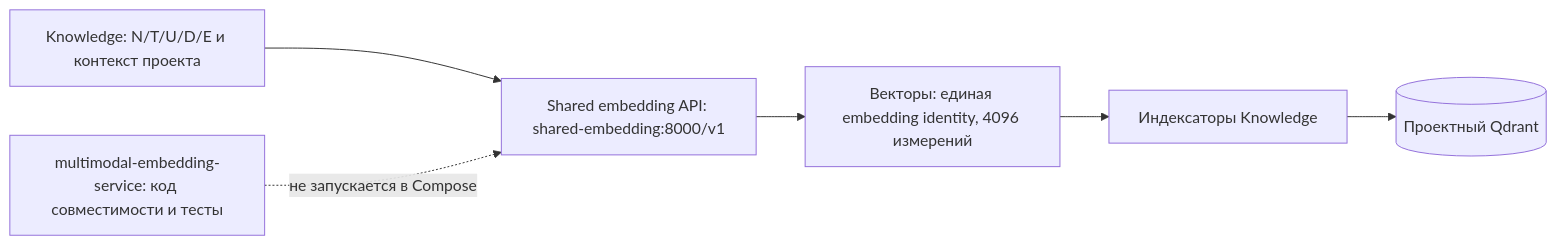
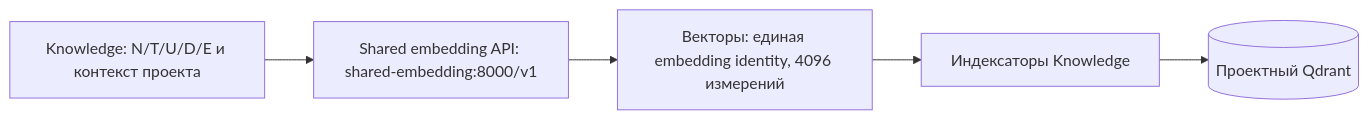
Diagram 20 of 36 in README.md (Amadu-A/PDRD-validation), drawn with Mermaid before and after one commit. The commit also changed other lines of this file and 77 other files, not shown here.

````diff
--- a/README.md
+++ b/README.md
@@ -912,8 +922,7 @@
 ```mermaid
 flowchart LR
     KS["Knowledge: N/T/U/D/E и контекст проекта"] --> EMB["Shared embedding API: shared-embedding:8000/v1"]
     EMB --> VEC["Векторы: единая embedding identity, 4096 измерений"]
     VEC --> IDX["Индексаторы Knowledge"]
     IDX --> QD[("Проектный Qdrant")]
-    LEGACY["multimodal-embedding-service: код совместимости и тесты"] -. не запускается в Compose .-> EMB
 ```
````
